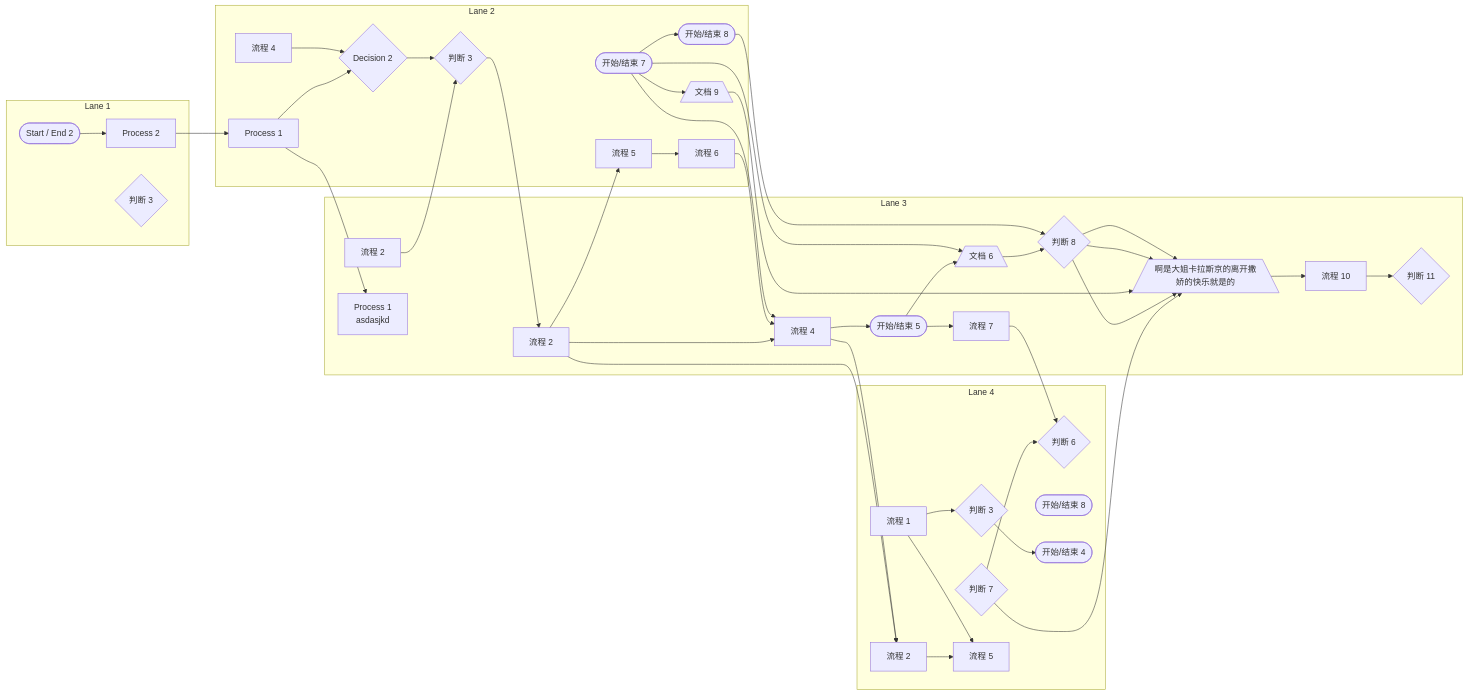
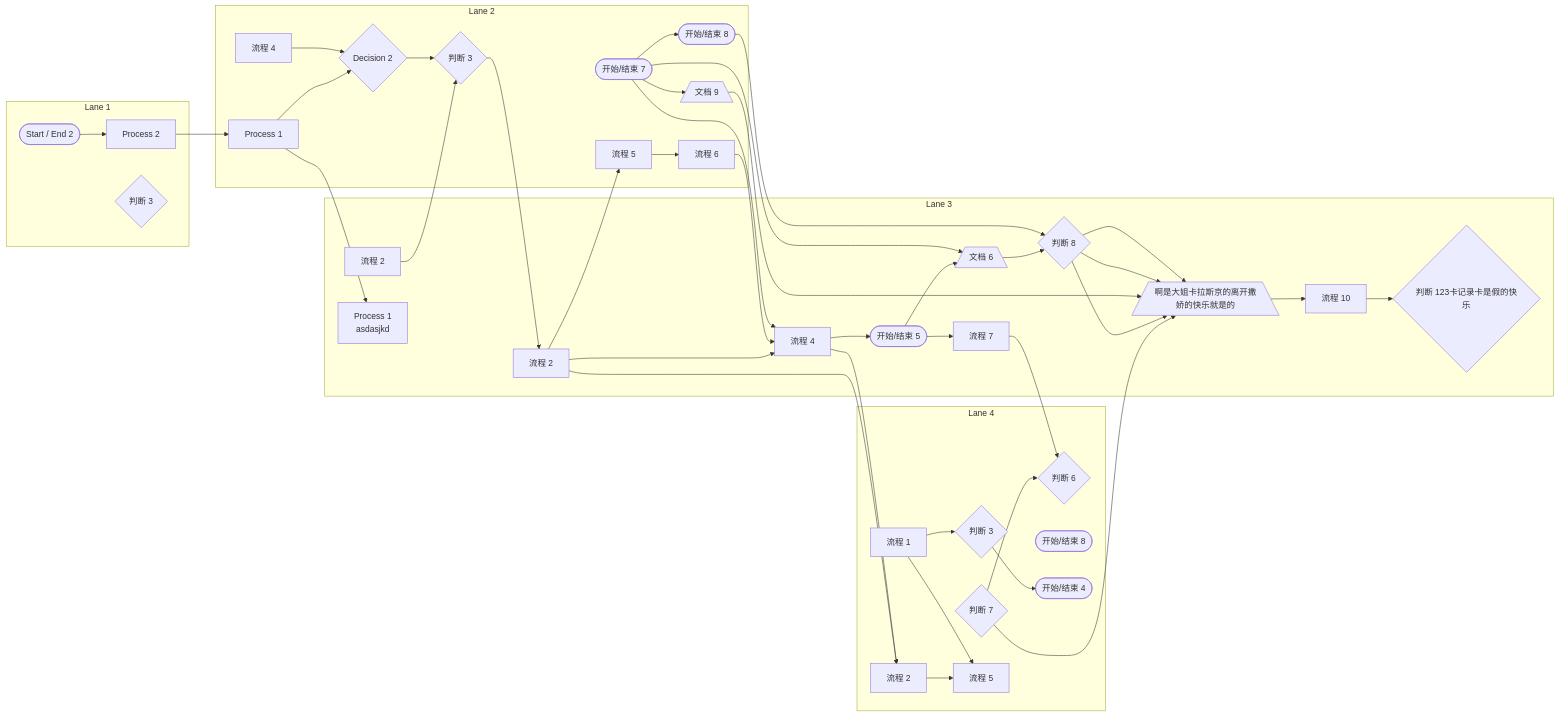
Before and after one commit to pingpm/mermaid_vault: the diagram in mmd/123_9b882ae4-c4df-432b-9e50-9fb05b2c95e5.mmd, drawn with Mermaid. The commit also changed 3 other files, not shown here.

Commit message:
Sync Mermaid Studio data (14 diagrams)

```diff
--- a/mmd/123_9b882ae4-c4df-432b-9e50-9fb05b2c95e5.mmd
+++ b/mmd/123_9b882ae4-c4df-432b-9e50-9fb05b2c95e5.mmd
@@ -1,78 +1,78 @@
 flowchart LR
   subgraph lane_0["Lane 1"]
     t_0["Process 2"]
     t_1{"判断 3"}
     t_2(["Start / End 2"])
   end
   subgraph lane_1["Lane 2"]
     t_3["流程 4"]
     t_4["流程 6"]
     t_5["流程 5"]
     t_6(["开始/结束 7"])
     t_7{"判断 3"}
     t_8{"Decision 2"}
     %% [tag:pending] 待确认 | 阿斯顿撒娇看了大姐撒开
     t_9["Process 1"]
     t_10(["开始/结束 8"])
     t_11[/"文档 9"\]
   end
   subgraph lane_2["Lane 3"]
     t_12(["开始/结束 5"])
     t_13["流程 2"]
     t_14["流程 2"]
     t_15["流程 10"]
     t_16[/"文档 6"\]
     t_17[/"啊是大姐卡拉斯京的离开撒娇的快乐就是的"\]
-    t_18["流程 4"]
-    t_19{"判断 11"}
+    t_18{"判断 123卡记录卡是假的快乐"}
+    t_19["流程 4"]
     t_20{"判断 8"}
     t_21["Process 1<br/>asdasjkd"]
     %% [tag:other] 其他 | 2为企鹅12312321
     t_22["流程 7"]
   end
   subgraph lane_3["Lane 4"]
     t_23["流程 2"]
     t_24{"判断 7"}
     t_25["流程 1"]
     t_26{"判断 3"}
     t_27{"判断 6"}
     t_28(["开始/结束 8"])
     t_29(["开始/结束 4"])
     t_30["流程 5"]
   end
   t_2 --> t_0
   t_0 --> t_9
   t_9 --> t_8
   t_9 --> t_21
   t_14 --> t_7
   t_8 --> t_7
   t_3 --> t_8
   t_5 --> t_4
-  t_13 --> t_18
-  t_18 --> t_12
+  t_13 --> t_19
+  t_19 --> t_12
   t_13 --> t_5
   t_13 --> t_23
   t_23 --> t_30
   t_25 --> t_30
   t_25 --> t_26
   t_26 --> t_29
   t_22 --> t_27
   t_24 --> t_27
   t_24 --> t_17
   t_20 --> t_17
   t_16 --> t_20
   t_12 --> t_16
   t_6 --> t_16
   t_10 --> t_20
   t_11 --> t_17
   t_20 --> t_17
-  t_18 --> t_23
-  t_4 --> t_18
+  t_19 --> t_23
+  t_4 --> t_19
   t_7 --> t_13
-  t_6 --> t_18
+  t_6 --> t_19
   t_6 --> t_10
   t_6 --> t_11
   t_12 --> t_22
   t_20 --> t_17
-  t_15 --> t_19
+  t_15 --> t_18
   t_17 --> t_15
```
